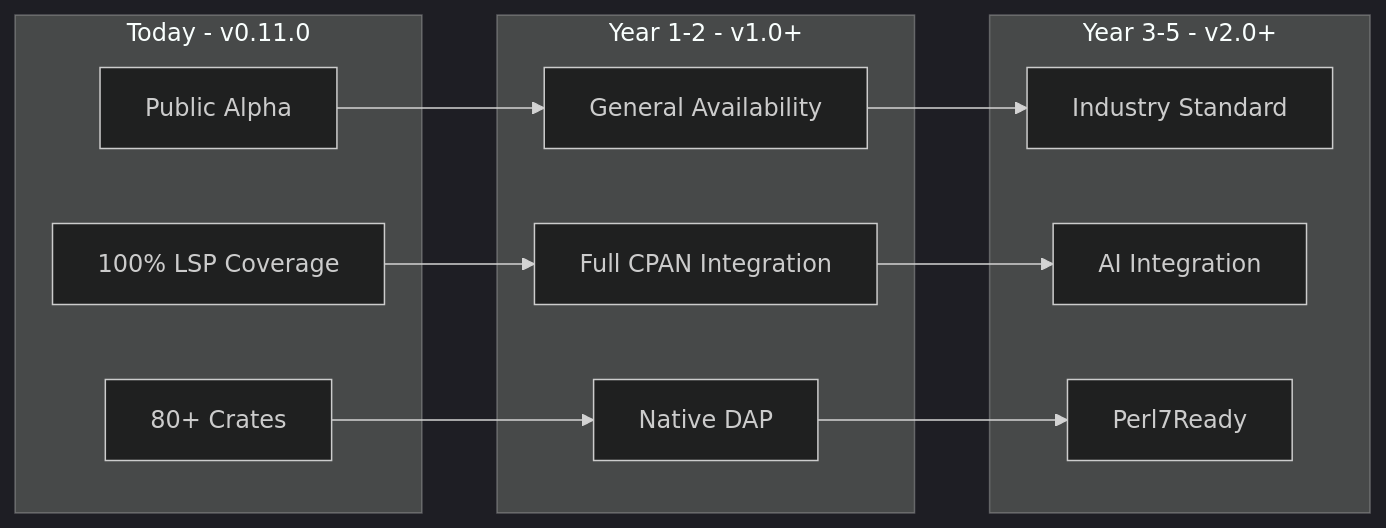
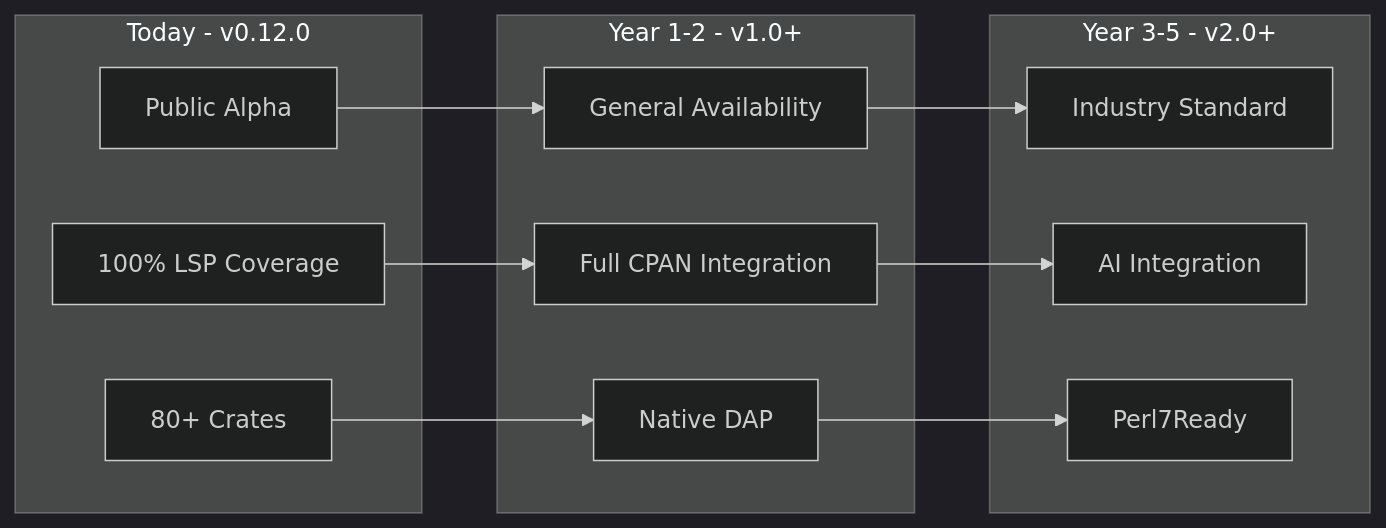
The first of 5 diagrams in TECHNICAL_VISION.md (EffortlessMetrics/perl-lsp), drawn with Mermaid (dark theme) before and after one commit. The commit also changed other lines of this file and 57 other files, not shown here.

````diff
--- a/TECHNICAL_VISION.md
+++ b/TECHNICAL_VISION.md
@@ -29,27 +29,27 @@
 ```mermaid
 graph LR
-    subgraph Today - v0.11.0
+    subgraph Today - v0.12.0
         A1[Public Alpha]
         A2[100% LSP Coverage]
         A3[80+ Crates]
     end
     
     subgraph Year 1-2 - v1.0+
         B1[General Availability]
         B2[Full CPAN Integration]
         B3[Native DAP]
     end
     
     subgraph Year 3-5 - v2.0+
         C1[Industry Standard]
         C2[AI Integration]
         C3[Perl7Ready]
     end
     
     A1 --> B1
     A2 --> B2
     A3 --> B3
     B1 --> C1
     B2 --> C2
     B3 --> C3
 ```
````
